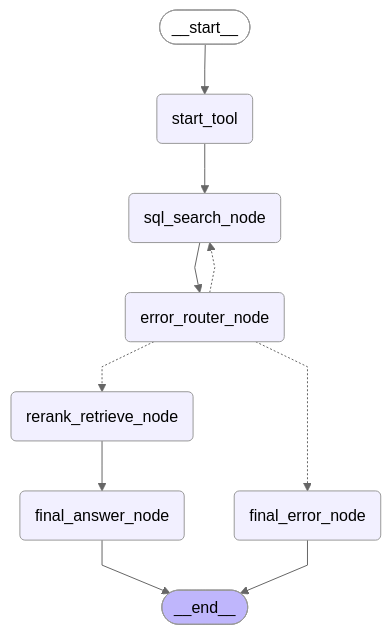
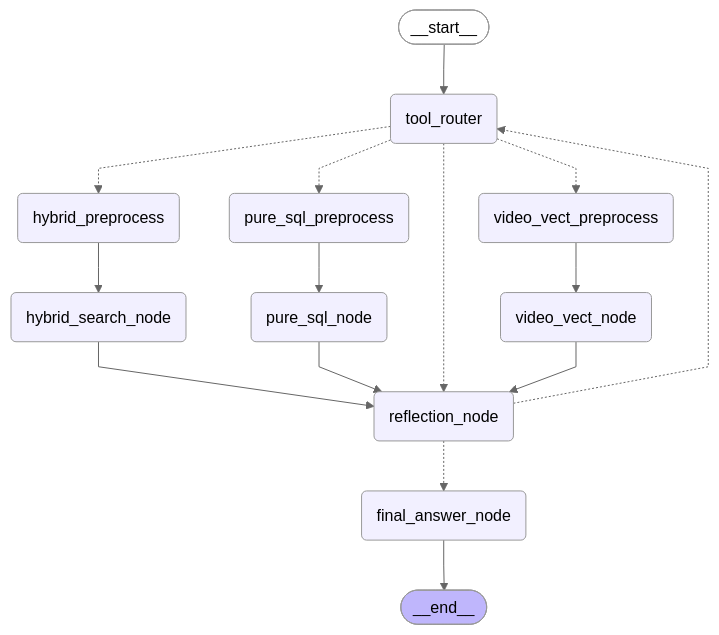
Before and after one commit to TheBestCapstone/CS32-1-surveillance-video-query-llm: the diagram in agent/graph_structure.md, drawn with Mermaid (neutral theme). The commit also changed 66 other files, not shown here.

````diff
--- a/agent/graph_structure.md
+++ b/agent/graph_structure.md
@@ -3,29 +3,37 @@
 ```mermaid
 ---
 config:
   flowchart:
     curve: linear
 ---
 graph TD;
 	__start__([<p>__start__</p>]):::first
-	start_tool(start_tool)
-	sql_search_node(sql_search_node)
-	rerank_retrieve_node(rerank_retrieve_node)
-	error_router_node(error_router_node)
+	tool_router(tool_router)
+	hybrid_preprocess(hybrid_preprocess)
+	pure_sql_preprocess(pure_sql_preprocess)
+	video_vect_preprocess(video_vect_preprocess)
+	hybrid_search_node(hybrid_search_node)
+	pure_sql_node(pure_sql_node)
+	video_vect_node(video_vect_node)
+	reflection_node(reflection_node)
 	final_answer_node(final_answer_node)
-	final_error_node(final_error_node)
 	__end__([<p>__end__</p>]):::last
-	__start__ --> start_tool;
-	error_router_node -.-> final_error_node;
-	error_router_node -.-> rerank_retrieve_node;
-	error_router_node -.-> sql_search_node;
-	rerank_retrieve_node --> final_answer_node;
-	sql_search_node --> error_router_node;
-	start_tool --> sql_search_node;
+	__start__ --> tool_router;
+	hybrid_preprocess --> hybrid_search_node;
+	hybrid_search_node --> reflection_node;
+	pure_sql_node --> reflection_node;
+	pure_sql_preprocess --> pure_sql_node;
+	reflection_node -.-> final_answer_node;
+	reflection_node -.-> tool_router;
+	tool_router -.-> hybrid_preprocess;
+	tool_router -.-> pure_sql_preprocess;
+	tool_router -.-> reflection_node;
+	tool_router -.-> video_vect_preprocess;
+	video_vect_node --> reflection_node;
+	video_vect_preprocess --> video_vect_node;
 	final_answer_node --> __end__;
-	final_error_node --> __end__;
 	classDef default fill:#f2f0ff,line-height:1.2
 	classDef first fill-opacity:0
 	classDef last fill:#bfb6fc
 
 ```
````
